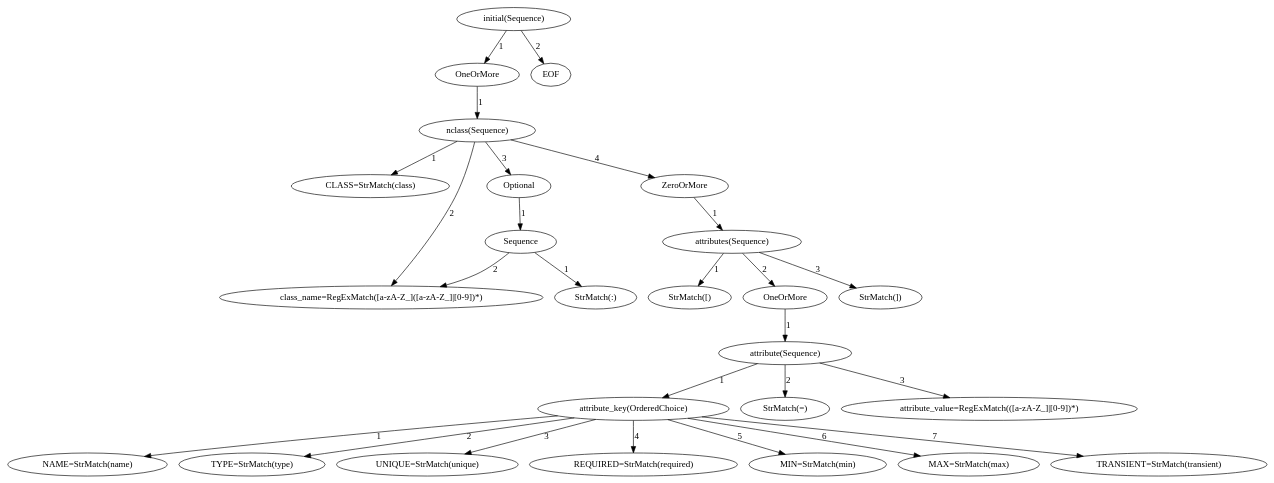
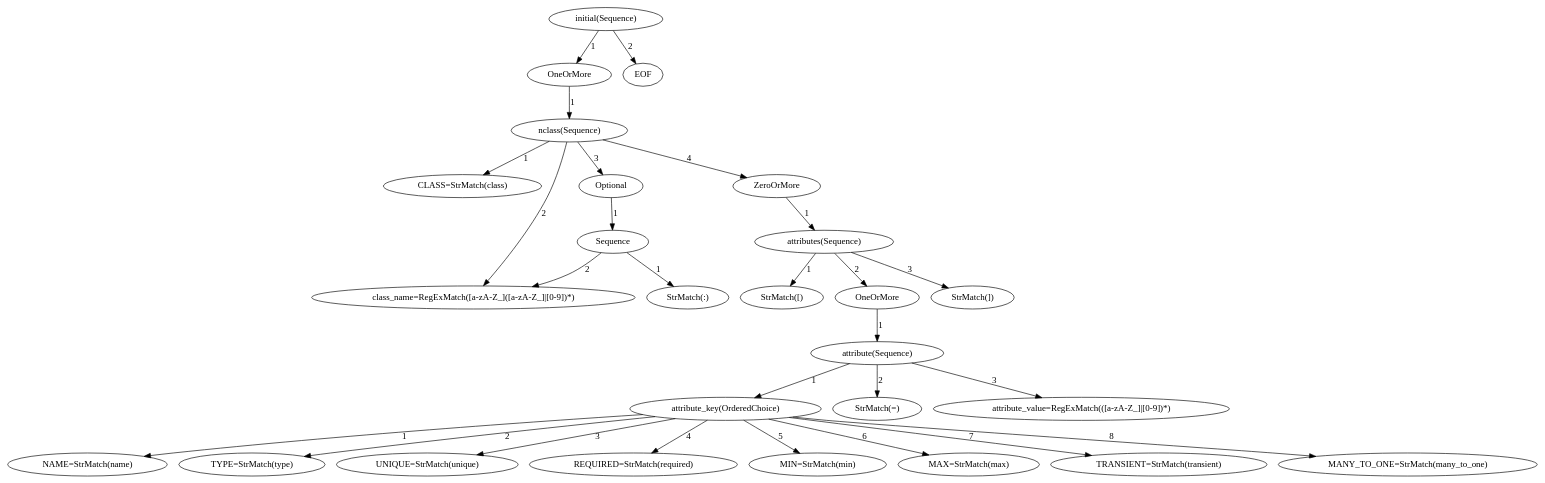
Before and after one commit to dusanmaric90/WebApp: the diagram in initial_parser_model.dot, drawn with Graphviz. The commit also changed 6 other files, not shown here.

```diff
--- a/initial_parser_model.dot
+++ b/initial_parser_model.dot
@@ -1,77 +1,80 @@
 digraph arpeggio_graph {
-34337680 [label="initial(Sequence)"];
-34337680->34337648 [label="1"]
+33289200 [label="initial(Sequence)"];
+33289200->33289168 [label="1"]
 
-34337648 [label="OneOrMore"];
-34337648->34337840 [label="1"]
+33289168 [label="OneOrMore"];
+33289168->33289360 [label="1"]
 
-34337840 [label="nclass(Sequence)"];
-34337840->34337936 [label="1"]
+33289360 [label="nclass(Sequence)"];
+33289360->33289456 [label="1"]
 
-34337936 [label="CLASS=StrMatch(class)"];
-34337840->34338064 [label="2"]
+33289456 [label="CLASS=StrMatch(class)"];
+33289360->33289584 [label="2"]
 
-34338064 [label="class_name=RegExMatch([a-zA-Z_]([a-zA-Z_]|[0-9])*)"];
-34337840->34337776 [label="3"]
+33289584 [label="class_name=RegExMatch([a-zA-Z_]([a-zA-Z_]|[0-9])*)"];
+33289360->33289296 [label="3"]
 
-34337776 [label="Optional"];
-34337776->34339856 [label="1"]
+33289296 [label="Optional"];
+33289296->33291376 [label="1"]
 
-34339856 [label="Sequence"];
-34339856->34339824 [label="1"]
+33291376 [label="Sequence"];
+33291376->33291344 [label="1"]
 
-34339824 [label="StrMatch(:)"];
-34339856->34338064 [label="2"]
+33291344 [label="StrMatch(:)"];
+33291376->33289584 [label="2"]
 
-34337840->34337808 [label="4"]
+33289360->33289328 [label="4"]
 
-34337808 [label="ZeroOrMore"];
-34337808->34339888 [label="1"]
+33289328 [label="ZeroOrMore"];
+33289328->33291408 [label="1"]
 
-34339888 [label="attributes(Sequence)"];
-34339888->34340016 [label="1"]
+33291408 [label="attributes(Sequence)"];
+33291408->33291536 [label="1"]
 
-34340016 [label="StrMatch([)"];
-34339888->34339920 [label="2"]
+33291536 [label="StrMatch([)"];
+33291408->33291440 [label="2"]
 
-34339920 [label="OneOrMore"];
-34339920->34340112 [label="1"]
+33291440 [label="OneOrMore"];
+33291440->33291632 [label="1"]
 
-34340112 [label="attribute(Sequence)"];
-34340112->34340240 [label="1"]
+33291632 [label="attribute(Sequence)"];
+33291632->33291760 [label="1"]
 
-34340240 [label="attribute_key(OrderedChoice)"];
-34340240->34340304 [label="1"]
+33291760 [label="attribute_key(OrderedChoice)"];
+33291760->33291824 [label="1"]
 
-34340304 [label="NAME=StrMatch(name)"];
-34340240->34339952 [label="2"]
+33291824 [label="NAME=StrMatch(name)"];
+33291760->33291472 [label="2"]
 
-34339952 [label="TYPE=StrMatch(type)"];
-34340240->34340048 [label="3"]
+33291472 [label="TYPE=StrMatch(type)"];
+33291760->33291568 [label="3"]
 
-34340048 [label="UNIQUE=StrMatch(unique)"];
-34340240->34340400 [label="4"]
+33291568 [label="UNIQUE=StrMatch(unique)"];
+33291760->33291920 [label="4"]
 
-34340400 [label="REQUIRED=StrMatch(required)"];
-34340240->34340432 [label="5"]
+33291920 [label="REQUIRED=StrMatch(required)"];
+33291760->33291952 [label="5"]
 
-34340432 [label="MIN=StrMatch(min)"];
-34340240->34340464 [label="6"]
+33291952 [label="MIN=StrMatch(min)"];
+33291760->33291984 [label="6"]
 
-34340464 [label="MAX=StrMatch(max)"];
-34340240->34340496 [label="7"]
+33291984 [label="MAX=StrMatch(max)"];
+33291760->33292016 [label="7"]
 
-34340496 [label="TRANSIENT=StrMatch(transient)"];
-34340112->34340176 [label="2"]
+33292016 [label="TRANSIENT=StrMatch(transient)"];
+33291760->33292048 [label="8"]
 
-34340176 [label="StrMatch(=)"];
-34340112->34340208 [label="3"]
+33292048 [label="MANY_TO_ONE=StrMatch(many_to_one)"];
+33291632->33291696 [label="2"]
 
-34340208 [label="attribute_value=RegExMatch(([a-zA-Z_]|[0-9])*)"];
-34339888->34340080 [label="3"]
+33291696 [label="StrMatch(=)"];
+33291632->33291728 [label="3"]
 
-34340080 [label="StrMatch(])"];
-34337680->34340592 [label="2"]
+33291728 [label="attribute_value=RegExMatch(([a-zA-Z_]|[0-9])*)"];
+33291408->33291600 [label="3"]
 
-34340592 [label="EOF"];
+33291600 [label="StrMatch(])"];
+33289200->33292144 [label="2"]
+
+33292144 [label="EOF"];
 }
```
